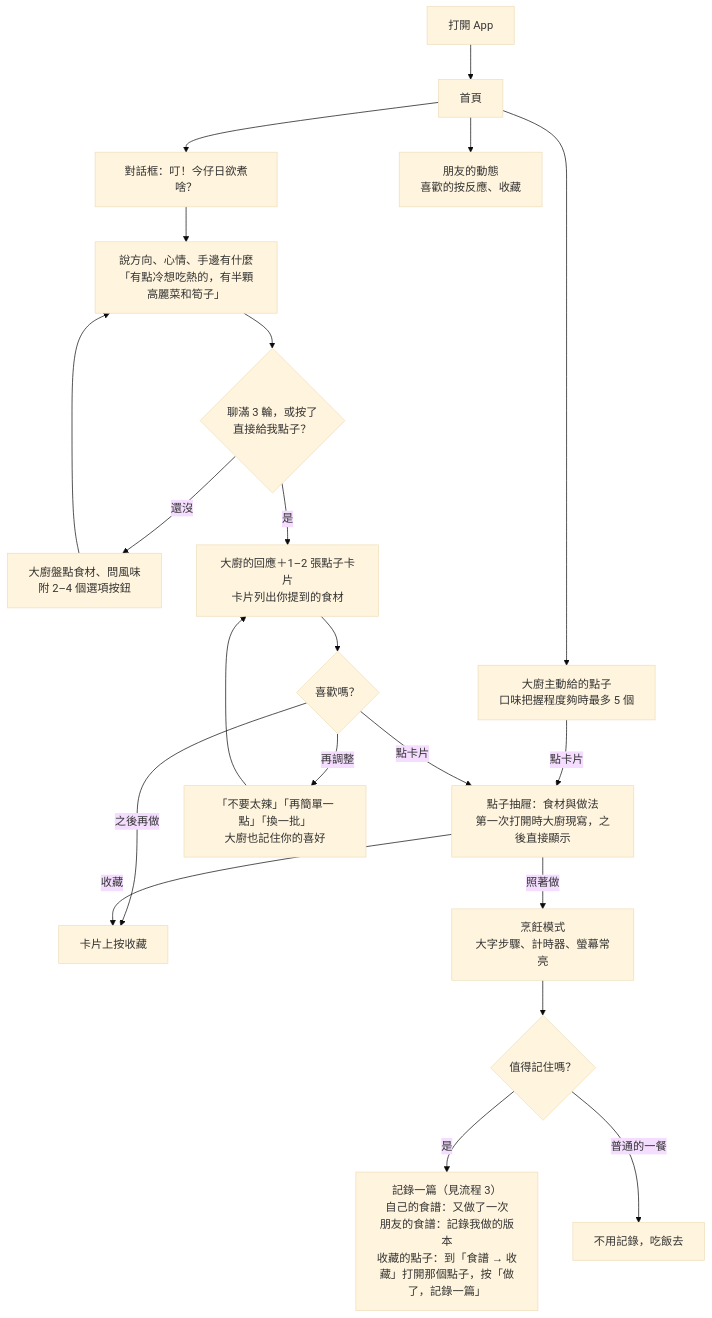
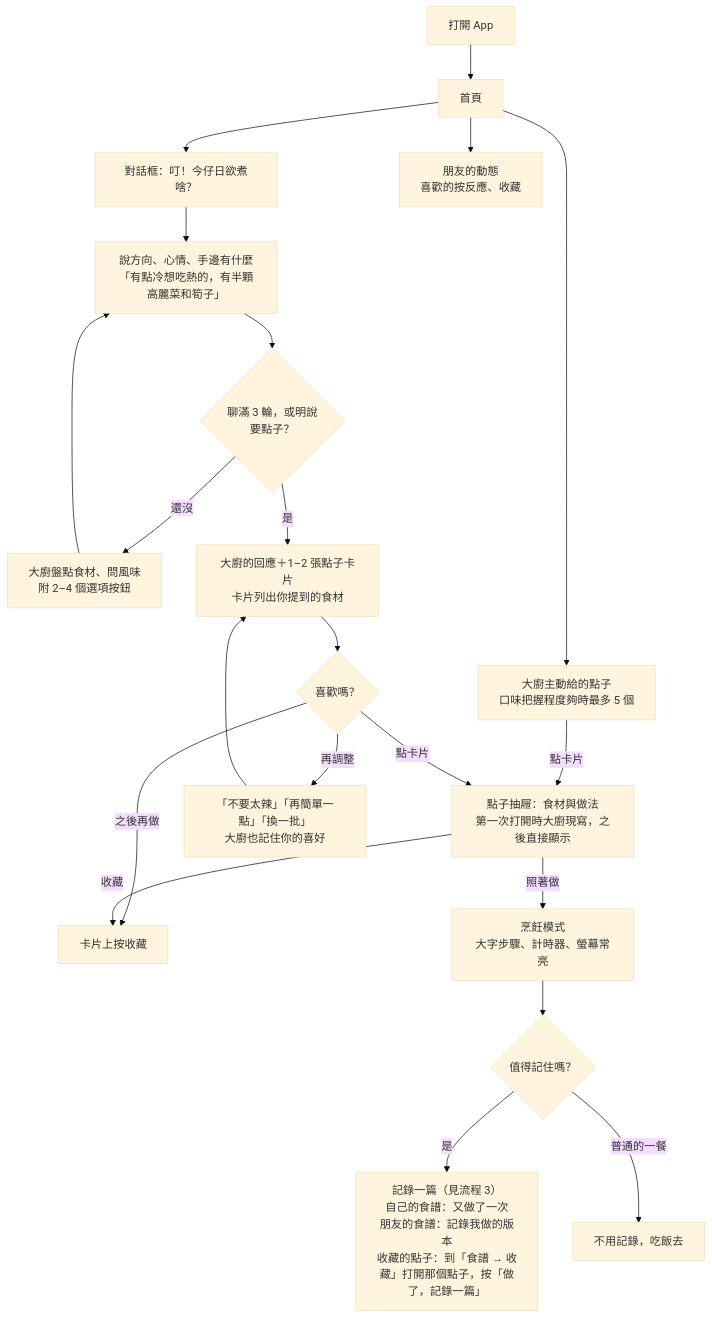
Before and after one commit to LeeBoYin/cooking-recipe-app: the second of 8 diagrams in docs/09-user-flows.md, drawn with Mermaid (base theme). The commit also changed other lines of this file and 21 other files, not shown here.

Commit message:
修正和大廚聊聊的 400：輸出 schema 拿掉不支援的關鍵字；拿掉「直接給我點子」按鈕與 wantIdeas

````diff
--- a/docs/09-user-flows.md
+++ b/docs/09-user-flows.md
@@ -53,21 +53,21 @@
 ```mermaid
 flowchart TD
   A[打開 App] --> B[首頁]
   B --> CH[對話框：叮！今仔日欲煮啥？]
   B --> HC[大廚主動給的點子<br/>口味把握程度夠時最多 5 個]
   B --> FR[朋友的動態<br/>喜歡的按反應、收藏]
   CH --> T[說方向、心情、手邊有什麼<br/>「有點冷想吃熱的，有半顆高麗菜和筍子」]
-  T --> Q{聊滿 3 輪，或按了<br/>直接給我點子？}
+  T --> Q{聊滿 3 輪，或明說<br/>要點子？}
   Q -- 還沒 --> AS[大廚盤點食材、問風味<br/>附 2–4 個選項按鈕] --> T
   Q -- 是 --> D[大廚的回應＋1–2 張點子卡片<br/>卡片列出你提到的食材]
   HC -- 點卡片 --> DR[點子抽屜：食材與做法<br/>第一次打開時大廚現寫，之後直接顯示]
   D --> E{喜歡嗎？}
   E -- 再調整 --> T2[「不要太辣」「再簡單一點」「換一批」<br/>大廚也記住你的喜好] --> D
   E -- 之後再做 --> G[卡片上按收藏]
   E -- 點卡片 --> DR
   DR -- 收藏 --> G
   DR -- 照著做 --> I[烹飪模式<br/>大字步驟、計時器、螢幕常亮]
   I --> J{值得記住嗎？}
   J -- 是 --> K[記錄一篇（見流程 3）<br/>自己的食譜：又做了一次<br/>朋友的食譜：記錄我做的版本<br/>收藏的點子：到「食譜 → 收藏」打開那個點子，按「做了，記錄一篇」]
   J -- 普通的一餐 --> L[不用記錄，吃飯去]
 ```
````
